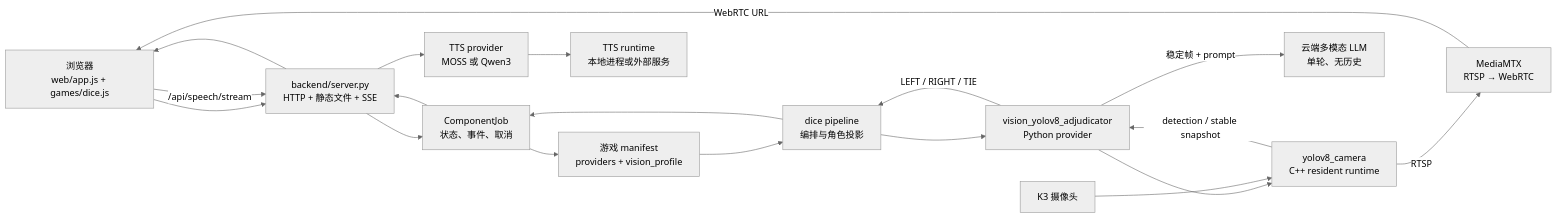
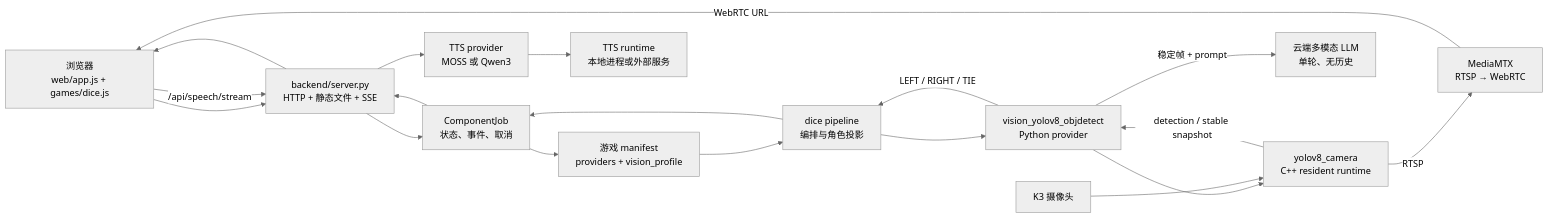
Before and after one commit to Fitz8863/spacemitk3-dice_demo: the first of 2 diagrams in FRAMEWORK_DISPATCH.md, drawn with Mermaid (neutral theme). The commit also changed other lines of this file and 33 other files, not shown here.

First line of the commit message:
refactor(vision): Python 组件更名 vision_yolov8_objdetect、区域门控上移、协议握手校验

````diff
--- a/FRAMEWORK_DISPATCH.md
+++ b/FRAMEWORK_DISPATCH.md
@@ -11,25 +11,25 @@
 ```mermaid
 flowchart LR
     Browser[浏览器\nweb/app.js + games/dice.js]
     HTTP[backend/server.py\nHTTP + 静态文件 + SSE]
     Job[ComponentJob\n状态、事件、取消]
     Game[游戏 manifest\nproviders + vision_profile]
     Pipeline[dice pipeline\n编排与角色投影]
-    Vision[vision_yolov8_adjudicator\nPython provider]
+    Vision[vision_yolov8_objdetect\nPython provider]
     Runtime[yolov8_camera\nC++ resident runtime]
     Camera[K3 摄像头]
     LLM[云端多模态 LLM\n单轮、无历史]
     TTS[TTS provider\nMOSS 或 Qwen3]
     TTSRuntime[TTS runtime\n本地进程或外部服务]
     Media[MediaMTX\nRTSP → WebRTC]
 
     Browser --> HTTP
     HTTP --> Job
     Job --> Game --> Pipeline --> Vision --> Runtime
     Camera --> Runtime
     Runtime -->|detection / stable snapshot| Vision
     Vision -->|稳定帧 + prompt| LLM
     Vision -->|LEFT / RIGHT / TIE| Pipeline --> Job --> HTTP --> Browser
     Browser -->|/api/speech/stream| HTTP --> TTS --> TTSRuntime
     Runtime -->|RTSP| Media -->|WebRTC URL| Browser
 ```
````
